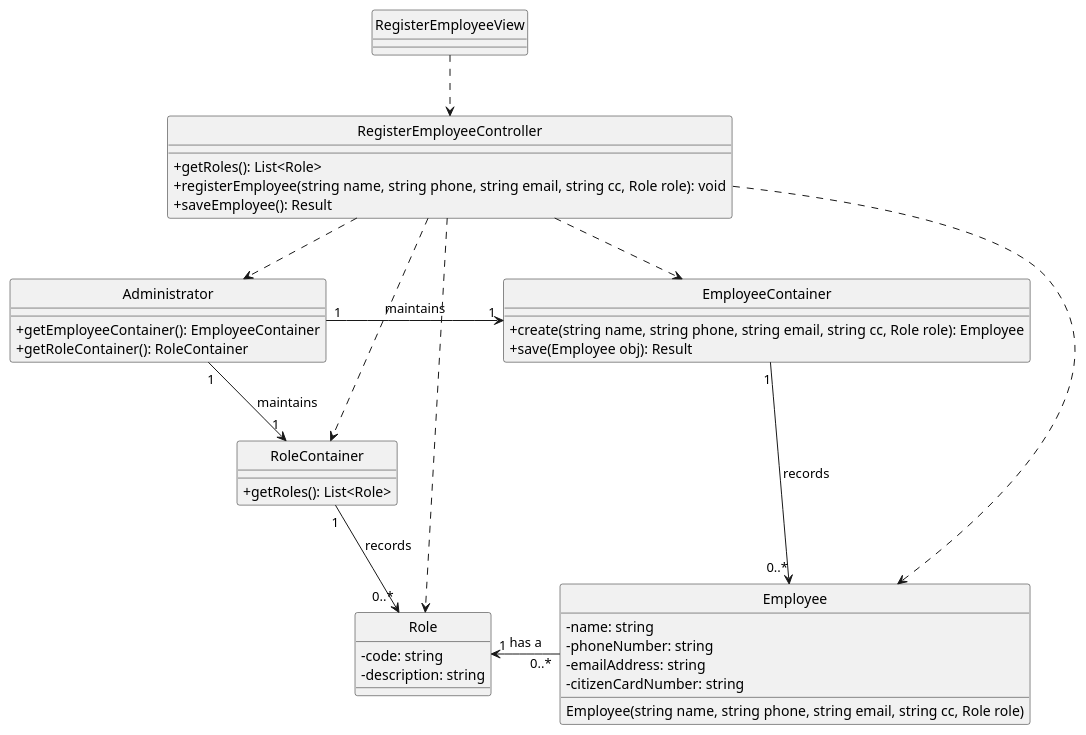
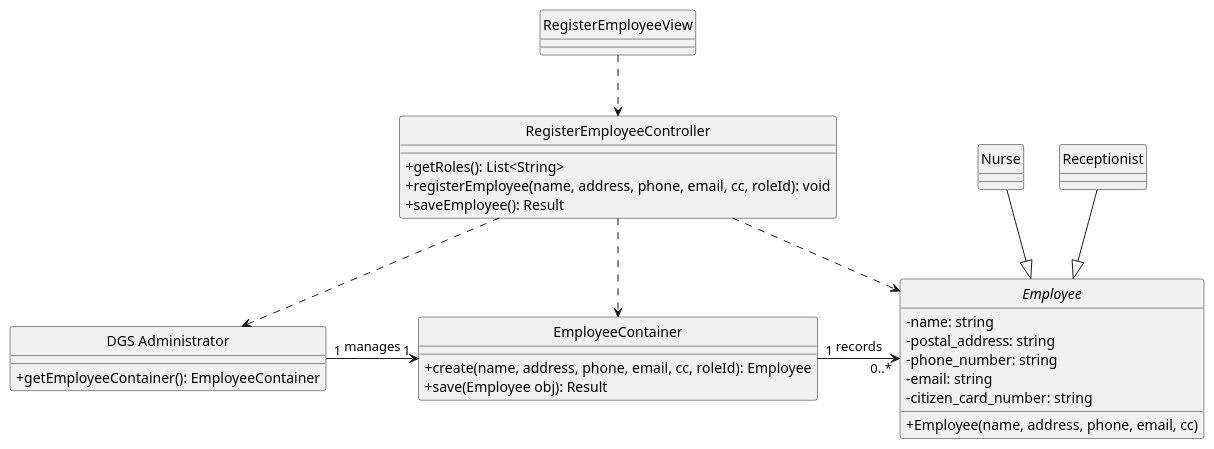
One commit to afonso51111/leti-esoft-25-26-A33 changed the diagram in project-template/docs/sprint2/US14/puml/US14-CD.puml. Above: the diagram before and after it, drawn with PlantUML. The commit also changed 8 other files, not shown here.

```diff
--- a/project-template/docs/sprint2/US14/puml/US14-CD.puml
+++ b/project-template/docs/sprint2/US14/puml/US14-CD.puml
@@ -1,65 +1,55 @@
 @startuml
-'https://plantuml-server.url.net/svg/
+'https://plantuml.com/class-diagram
 
 hide circle
 skinparam classAttributeIconSize 0
 
 
 class RegisterEmployeeView {
 }
 
 class RegisterEmployeeController {
-    + getRoles(): List<Role>
-    + registerEmployee(string name, string phone, string email, string cc, Role role): void
+    + getRoles(): List<String>
+    + registerEmployee(name, address, phone, email, cc, roleId): void
     + saveEmployee(): Result
 }
 
 
-class Administrator {
+class "DGS Administrator" {
     + getEmployeeContainer(): EmployeeContainer
-    + getRoleContainer(): RoleContainer
 }
 
 class EmployeeContainer {
-    + create(string name, string phone, string email, string cc, Role role): Employee
+    + create(name, address, phone, email, cc, roleId): Employee
     + save(Employee obj): Result
 }
 
-class Employee {
+abstract class Employee {
     - name: string
-    - phoneNumber: string
-    - emailAddress: string
-    - citizenCardNumber: string
-    Employee(string name, string phone, string email, string cc, Role role)
+    - postal_address: string
+    - phone_number: string
+    - email: string
+    - citizen_card_number: string
+    + Employee(name, address, phone, email, cc)
 }
 
-class RoleContainer {
-    + getRoles(): List<Role>
-    ' + getRoleById(string id): Role
+class Nurse {
 }
 
-class Role {
-    - code: string
-    - description: string
+class Receptionist {
 }
 
 
-Administrator "1" -right-> "1" EmployeeContainer:  maintains
+"DGS Administrator" "1" -right-> "1" EmployeeContainer:  manages
 EmployeeContainer "1" -right-> "0..*" Employee:  records
 
-Administrator "1" -down-> "1" RoleContainer: maintains
-RoleContainer "1" -down-> "0..*" Role: records
-
-Employee "0..*" -left-> "1" Role: has a
-
+Nurse --|> Employee
+Receptionist --|> Employee
 
 RegisterEmployeeView ..> RegisterEmployeeController
 
-RegisterEmployeeController ..> Administrator
+RegisterEmployeeController ..> "DGS Administrator"
 RegisterEmployeeController ..> EmployeeContainer
 RegisterEmployeeController ..> Employee
 
-RegisterEmployeeController ..> RoleContainer
-RegisterEmployeeController ..> Role
-
 @enduml
```
